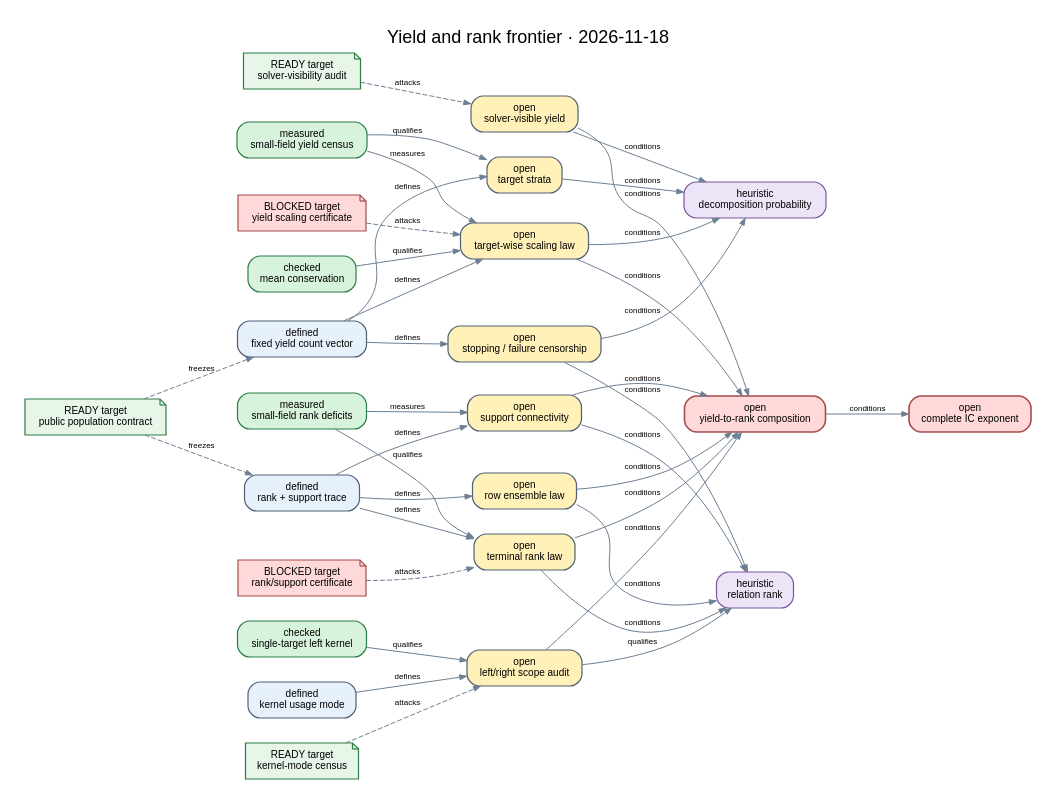
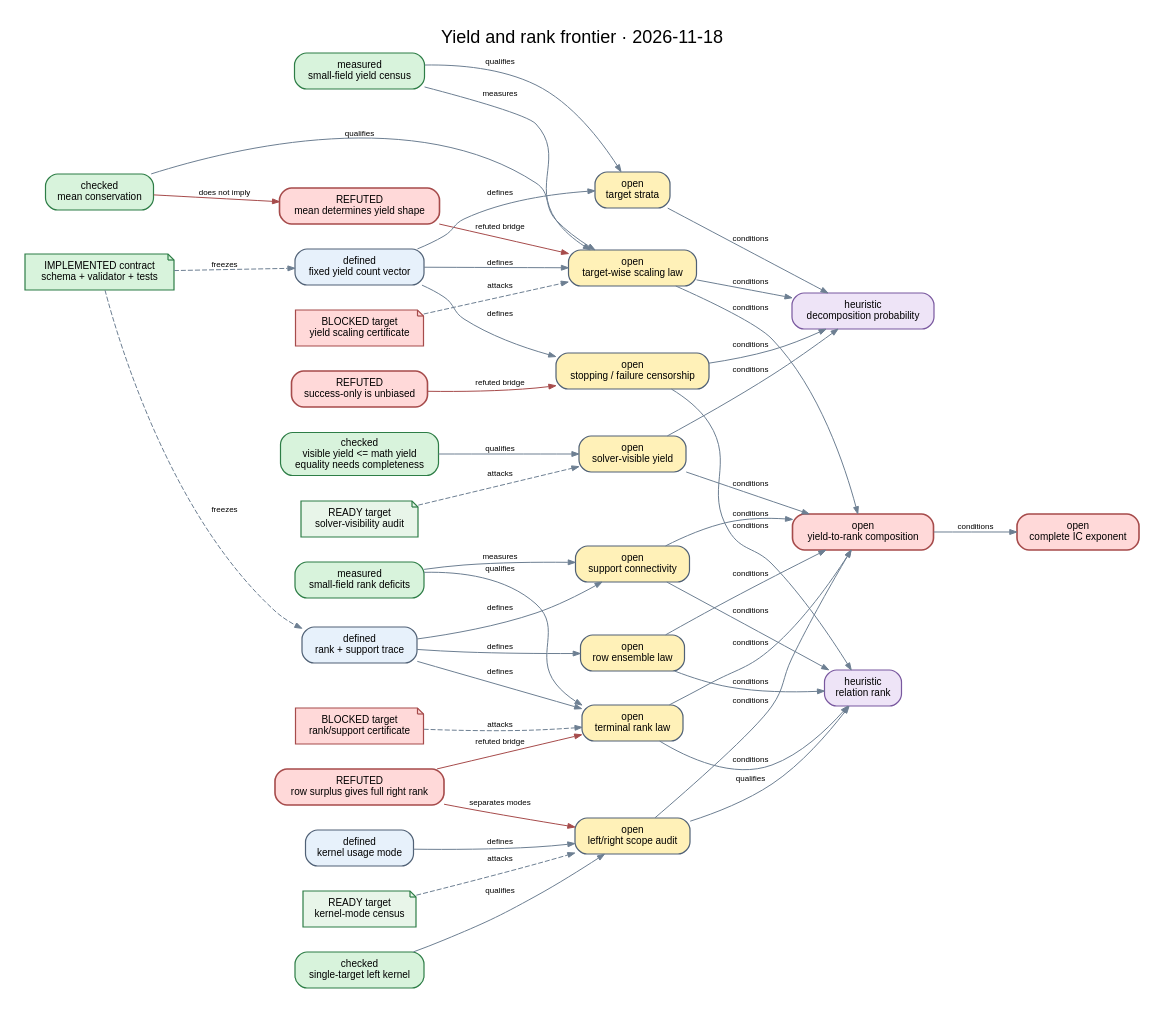
One commit to isogeny-labs/crypto changed the diagram in docs/ecdlp-hardness-corpus/yield-rank-frontier-20261118.dot. Above: the diagram before and after it, drawn with Graphviz. The commit also changed 42 other files, not shown here.

Commit message:
research: formalize yield and rank boundaries

```diff
--- a/docs/ecdlp-hardness-corpus/yield-rank-frontier-20261118.dot
+++ b/docs/ecdlp-hardness-corpus/yield-rank-frontier-20261118.dot
@@ -1,76 +1,86 @@
 digraph yield_rank_frontier {
   graph [rankdir=LR, bgcolor="white", pad=0.25, nodesep=0.35, ranksep=0.55,
          fontname="Helvetica", label="Yield and rank frontier · 2026-11-18", labelloc=t, fontsize=18];
   node [shape=box, style="rounded,filled", fontname="Helvetica", fontsize=10,
         color="#506176", penwidth=1.2, margin="0.10,0.07"];
   edge [fontname="Helvetica", fontsize=8, color="#6d7f92", arrowsize=0.7];
 
   mean [label="checked\nmean conservation", fillcolor="#d8f3dc", color="#2d7d46"];
   ycensus [label="measured\nsmall-field yield census", fillcolor="#d8f3dc", color="#2d7d46"];
   rcensus [label="measured\nsmall-field rank deficits", fillcolor="#d8f3dc", color="#2d7d46"];
   left [label="checked\nsingle-target left kernel", fillcolor="#d8f3dc", color="#2d7d46"];
+  visbound [label="checked\nvisible yield <= math yield\nequality needs completeness", fillcolor="#d8f3dc", color="#2d7d46"];
+  meanshape [label="REFUTED\nmean determines yield shape", fillcolor="#ffd9d9", color="#a64b4b", penwidth=1.6];
+  censorcex [label="REFUTED\nsuccess-only is unbiased", fillcolor="#ffd9d9", color="#a64b4b", penwidth=1.6];
+  rankcex [label="REFUTED\nrow surplus gives full right rank", fillcolor="#ffd9d9", color="#a64b4b", penwidth=1.6];
 
   yvector [label="defined\nfixed yield count vector", fillcolor="#e7f1fb"];
   rtrace [label="defined\nrank + support trace", fillcolor="#e7f1fb"];
   kmode [label="defined\nkernel usage mode", fillcolor="#e7f1fb"];
 
   ylaw [label="open\ntarget-wise scaling law", fillcolor="#fff1b8"];
   visible [label="open\nsolver-visible yield", fillcolor="#fff1b8"];
   strata [label="open\ntarget strata", fillcolor="#fff1b8"];
   censor [label="open\nstopping / failure censorship", fillcolor="#fff1b8"];
 
   rows [label="open\nrow ensemble law", fillcolor="#fff1b8"];
   support [label="open\nsupport connectivity", fillcolor="#fff1b8"];
   terminal [label="open\nterminal rank law", fillcolor="#fff1b8"];
   scope [label="open\nleft/right scope audit", fillcolor="#fff1b8"];
 
   yieldheur [label="heuristic\ndecomposition probability", fillcolor="#eee4f7", color="#79589f"];
   rankheur [label="heuristic\nrelation rank", fillcolor="#eee4f7", color="#79589f"];
   compose [label="open\nyield-to-rank composition", fillcolor="#ffd9d9", color="#a64b4b", penwidth=1.6];
   e2e [label="open\ncomplete IC exponent", fillcolor="#ffd9d9", color="#a64b4b", penwidth=1.6];
 
-  producer [label="READY target\npublic population contract", shape=note, fillcolor="#e8f5e9", color="#2d7d46"];
+  producer [label="IMPLEMENTED contract\nschema + validator + tests", shape=note, fillcolor="#d8f3dc", color="#2d7d46"];
   visaudit [label="READY target\nsolver-visibility audit", shape=note, fillcolor="#e8f5e9", color="#2d7d46"];
   modeaudit [label="READY target\nkernel-mode census", shape=note, fillcolor="#e8f5e9", color="#2d7d46"];
   scaling [label="BLOCKED target\nyield scaling certificate", shape=note, fillcolor="#ffd9d9", color="#a64b4b"];
   rankcert [label="BLOCKED target\nrank/support certificate", shape=note, fillcolor="#ffd9d9", color="#a64b4b"];
 
   mean -> ylaw [label="qualifies"];
+  mean -> meanshape [label="does not imply", color="#a64b4b"];
+  meanshape -> ylaw [label="refuted bridge", color="#a64b4b"];
+  visbound -> visible [label="qualifies"];
+  censorcex -> censor [label="refuted bridge", color="#a64b4b"];
   ycensus -> ylaw [label="measures"];
   ycensus -> strata [label="qualifies"];
   yvector -> ylaw [label="defines"];
   yvector -> strata [label="defines"];
   yvector -> censor [label="defines"];
   ylaw -> yieldheur [label="conditions"];
   visible -> yieldheur [label="conditions"];
   strata -> yieldheur [label="conditions"];
   censor -> yieldheur [label="conditions"];
 
   rcensus -> support [label="measures"];
   rcensus -> terminal [label="qualifies"];
   left -> scope [label="qualifies"];
+  rankcex -> terminal [label="refuted bridge", color="#a64b4b"];
+  rankcex -> scope [label="separates modes", color="#a64b4b"];
   rtrace -> rows [label="defines"];
   rtrace -> support [label="defines"];
   rtrace -> terminal [label="defines"];
   kmode -> scope [label="defines"];
   rows -> rankheur [label="conditions"];
   support -> rankheur [label="conditions"];
   terminal -> rankheur [label="conditions"];
   scope -> rankheur [label="qualifies"];
   censor -> rankheur [label="conditions"];
 
   ylaw -> compose [label="conditions"];
   visible -> compose [label="conditions"];
   rows -> compose [label="conditions"];
   support -> compose [label="conditions"];
   terminal -> compose [label="conditions"];
   scope -> compose [label="conditions"];
   compose -> e2e [label="conditions"];
 
   producer -> yvector [style=dashed, label="freezes"];
   producer -> rtrace [style=dashed, label="freezes"];
   visaudit -> visible [style=dashed, label="attacks"];
   modeaudit -> scope [style=dashed, label="attacks"];
   scaling -> ylaw [style=dashed, label="attacks"];
   rankcert -> terminal [style=dashed, label="attacks"];
 }
```
